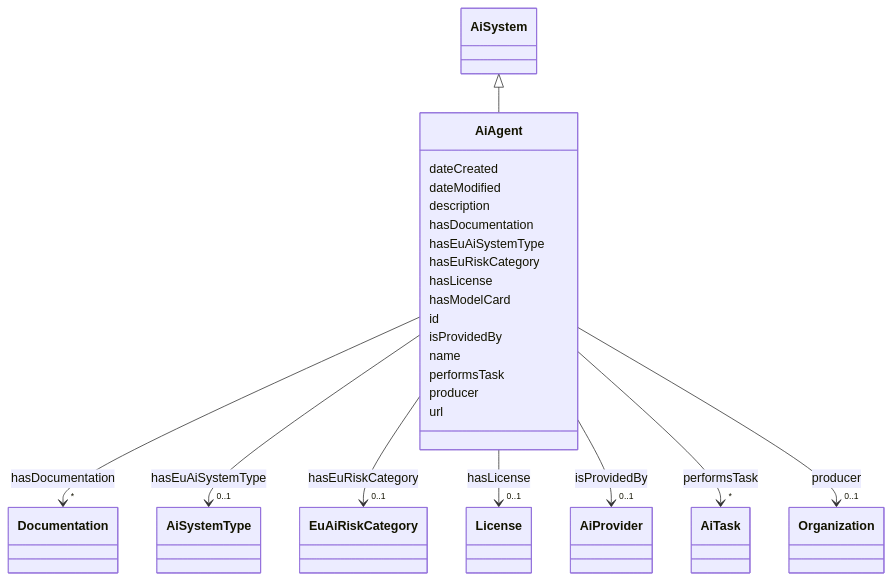
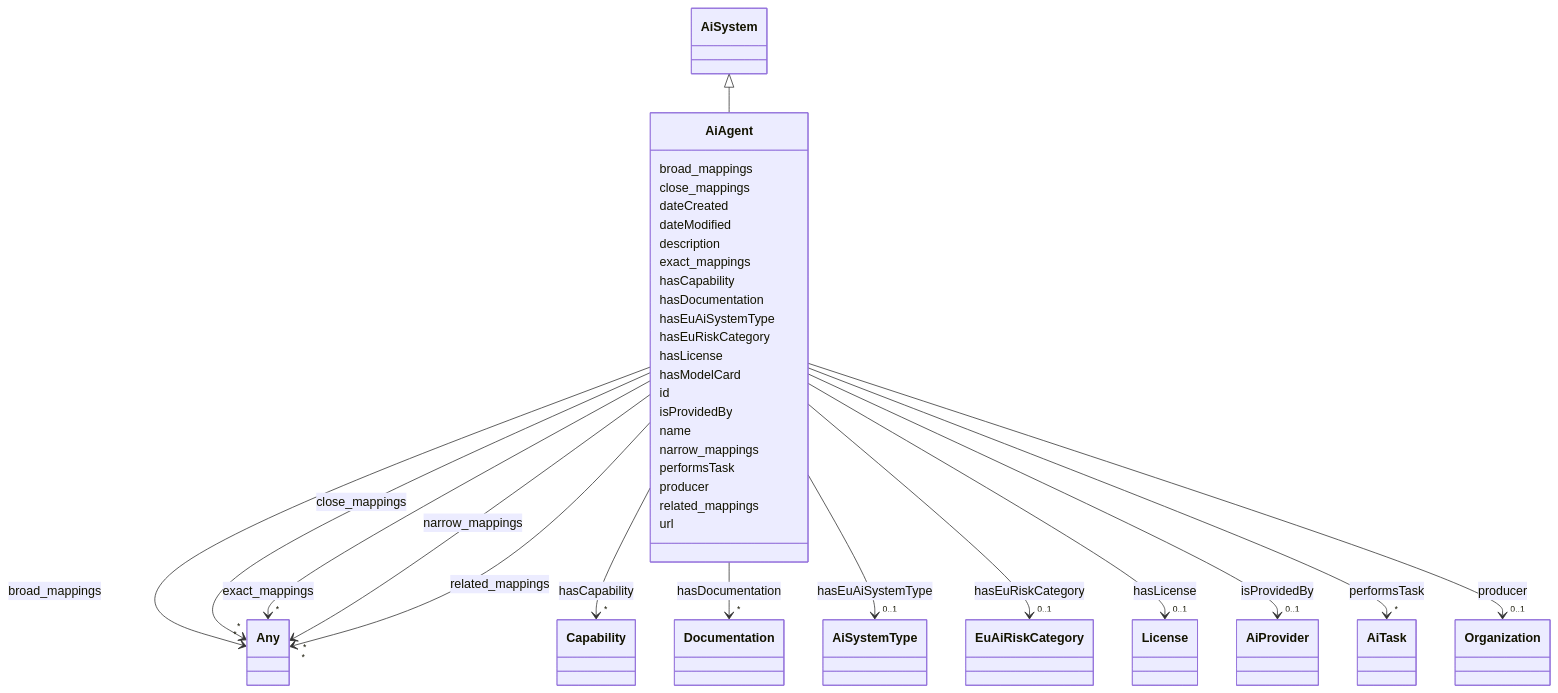
The diagram in docs/ontology/AiAgent.md (ingelise/risk-atlas-nexus), drawn with Mermaid before and after one commit. The commit also changed other lines of this file and 180 other files, not shown here.

```diff
--- a/docs/ontology/AiAgent.md
+++ b/docs/ontology/AiAgent.md
@@ -22,11 +22,55 @@
       AiSystem <|-- AiAgent
         click AiSystem href "../AiSystem/"
 
+      AiAgent : broad_mappings
+
+
+
+
+
+        AiAgent --> "*" Any : broad_mappings
+        click Any href "../Any/"
+
+
+
+      AiAgent : close_mappings
+
+
+
+
+
+        AiAgent --> "*" Any : close_mappings
+        click Any href "../Any/"
+
+
+
       AiAgent : dateCreated
 
       AiAgent : dateModified
 
       AiAgent : description
+
+      AiAgent : exact_mappings
+
+
+
+
+
+        AiAgent --> "*" Any : exact_mappings
+        click Any href "../Any/"
+
+
+
+      AiAgent : hasCapability
+
+
+
+
+
+        AiAgent --> "*" Capability : hasCapability
+        click Capability href "../Capability/"
+
+
 
       AiAgent : hasDocumentation
 
@@ -89,6 +133,17 @@
 
       AiAgent : name
 
+      AiAgent : narrow_mappings
+
+
+
+
+
+        AiAgent --> "*" Any : narrow_mappings
+        click Any href "../Any/"
+
+
+
       AiAgent : performsTask
 
 
@@ -111,6 +166,17 @@
 
 
 
+      AiAgent : related_mappings
+
+
+
+
+
+        AiAgent --> "*" Any : related_mappings
+        click Any href "../Any/"
+
+
+
       AiAgent : url
 
 
```
